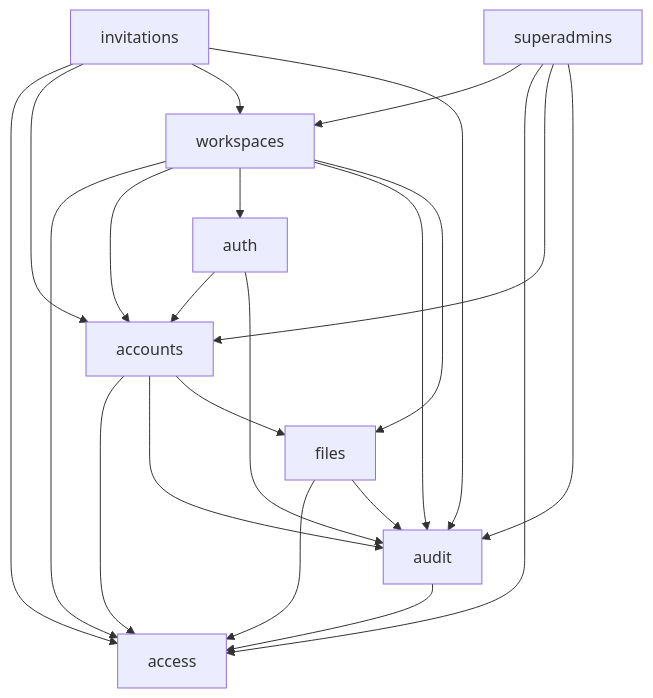
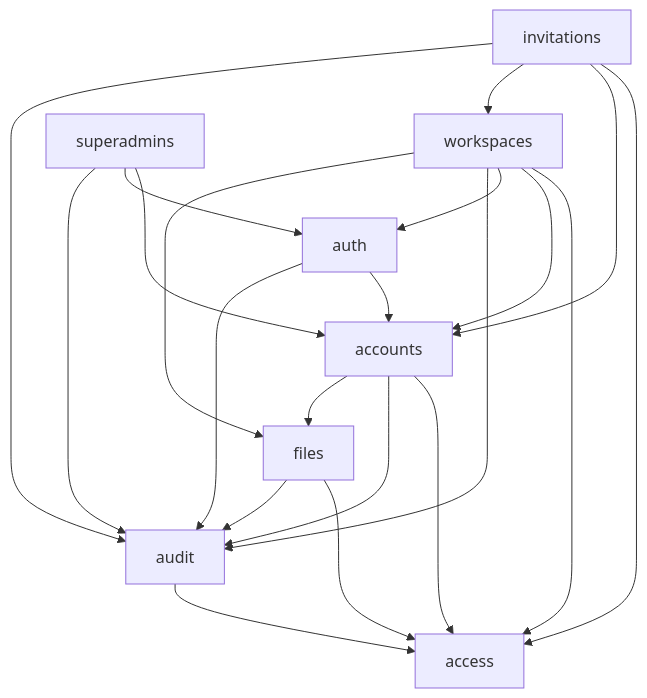
The second of 3 diagrams in docs/architecture.md (Grebyn35/AntWorker-API-Rust), drawn with Mermaid before and after one commit. The commit also changed other lines of this file and 84 other files, not shown here.

First line of the commit message:
Build the superadmins: who is one, their subcommand, their proof and their list (SUPERADMINS-001 to 007, WORKSPACES-029, D154 to D156)

````diff
--- a/docs/architecture.md
+++ b/docs/architecture.md
@@ -180,18 +183,20 @@
 ```mermaid
 flowchart TD
   workspaces --> access & accounts & auth & audit
   %% part: files
   workspaces --> files
   %% end part: files
   %% part: invitations
   invitations --> access & accounts & workspaces & audit
   %% end part: invitations
   auth --> accounts & audit
   accounts --> access & audit
   %% part: files
   accounts --> files
   files --> access & audit
   %% end part: files
   audit --> access
-  superadmins --> workspaces & access & accounts & audit
+  %% part: superadmins
+  superadmins --> accounts & auth & audit
+  %% end part: superadmins
 ```
````
